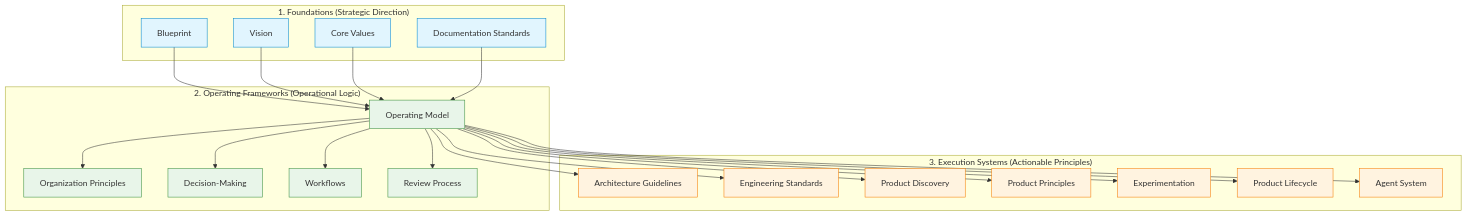
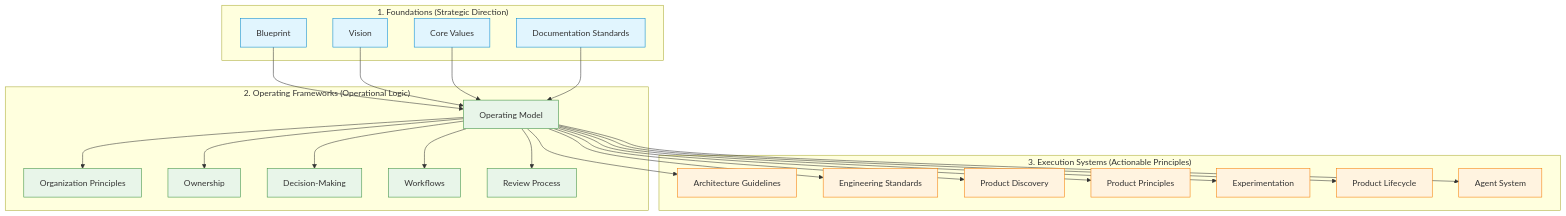
Before and after one commit to vectorlabs-studio/vectorlabs-studio: the diagram in docs/README.md, drawn with Mermaid. The commit also changed other lines of this file, not shown here.

Commit message:
docs: include OWNERSHIP.md in handbook README

````diff
--- a/docs/README.md
+++ b/docs/README.md
@@ -23,48 +23,50 @@
 ```mermaid
 graph TD
     classDef default fill:#f9f9f9,stroke:#333,stroke-width:1px;
     classDef foundation fill:#e1f5fe,stroke:#0288d1,stroke-width:1px;
     classDef framework fill:#e8f5e9,stroke:#388e3c,stroke-width:1px;
     classDef execution fill:#fff3e0,stroke:#f57c00,stroke-width:1px;
 
     subgraph Foundations ["1. Foundations (Strategic Direction)"]
         blueprint["Blueprint"]:::foundation
         vision["Vision"]:::foundation
         values["Core Values"]:::foundation
         doc_standards["Documentation Standards"]:::foundation
     end
 
     subgraph Frameworks ["2. Operating Frameworks (Operational Logic)"]
         org_principles["Organization Principles"]:::framework
+        ownership["Ownership"]:::framework
         op_model["Operating Model"]:::framework
         dec_making["Decision-Making"]:::framework
         workflows["Workflows"]:::framework
         review["Review Process"]:::framework
     end
 
     subgraph Execution ["3. Execution Systems (Actionable Principles)"]
         architecture["Architecture Guidelines"]:::execution
         eng_standards["Engineering Standards"]:::execution
         prod_discovery["Product Discovery"]:::execution
         prod_principles["Product Principles"]:::execution
         experimentation["Experimentation"]:::execution
         lifecycle["Product Lifecycle"]:::execution
         agents["Agent System"]:::execution
     end
 
     blueprint --> op_model
     vision --> op_model
     values --> op_model
     doc_standards --> op_model
     op_model --> org_principles
+    op_model --> ownership
     op_model --> dec_making
     op_model --> workflows
     op_model --> review
     op_model --> architecture
     op_model --> eng_standards
     op_model --> prod_discovery
     op_model --> prod_principles
     op_model --> experimentation
     op_model --> lifecycle
     op_model --> agents
 ```
````
